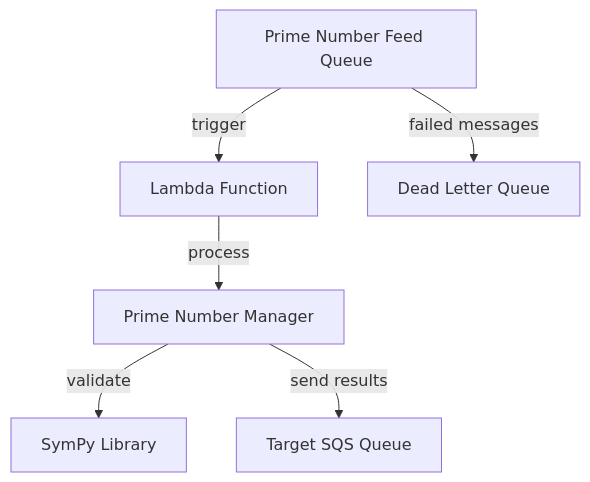
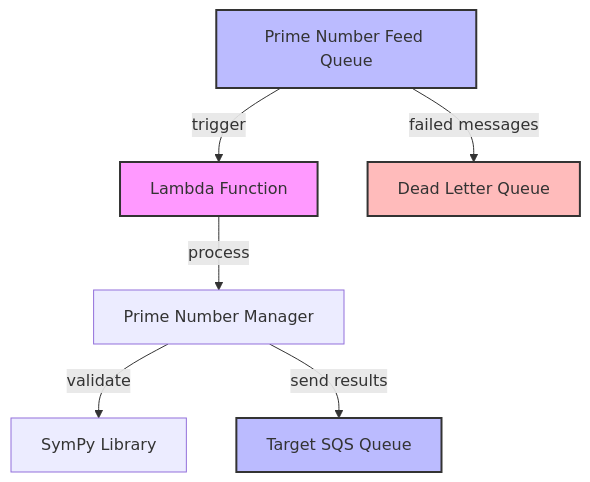
The diagram in README.md (aluiziolira/lambda-sqs-integration), drawn with Mermaid before and after one commit. The commit also changed other lines of this file and 1 other file, not shown here.

````diff
--- a/README.md
+++ b/README.md
@@ -9,8 +9,13 @@
 ```mermaid
 flowchart TD
     SQS1[Prime Number Feed Queue] --> |trigger| L[Lambda Function]
     L --> |process| PM[Prime Number Manager]
     PM --> |validate| SP[SymPy Library]
     PM --> |send results| SQS2[Target SQS Queue]
     SQS1 --> |failed messages| DLQ[Dead Letter Queue]
+    
+    style L fill:#f9f,stroke:#333,stroke-width:2px
+    style SQS1 fill:#bbf,stroke:#333,stroke-width:2px
+    style SQS2 fill:#bbf,stroke:#333,stroke-width:2px
+    style DLQ fill:#fbb,stroke:#333,stroke-width:2px
 ```
````
